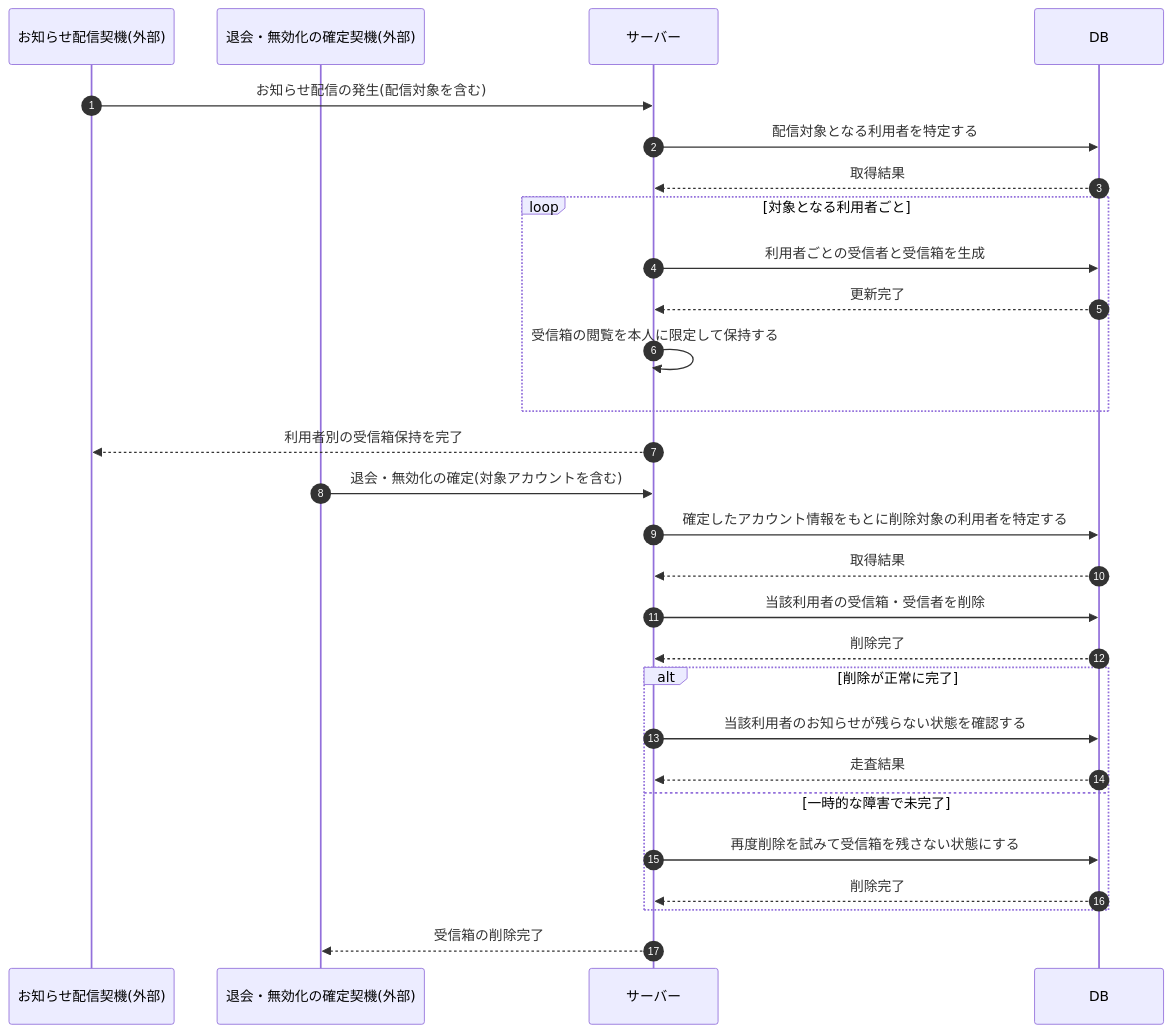
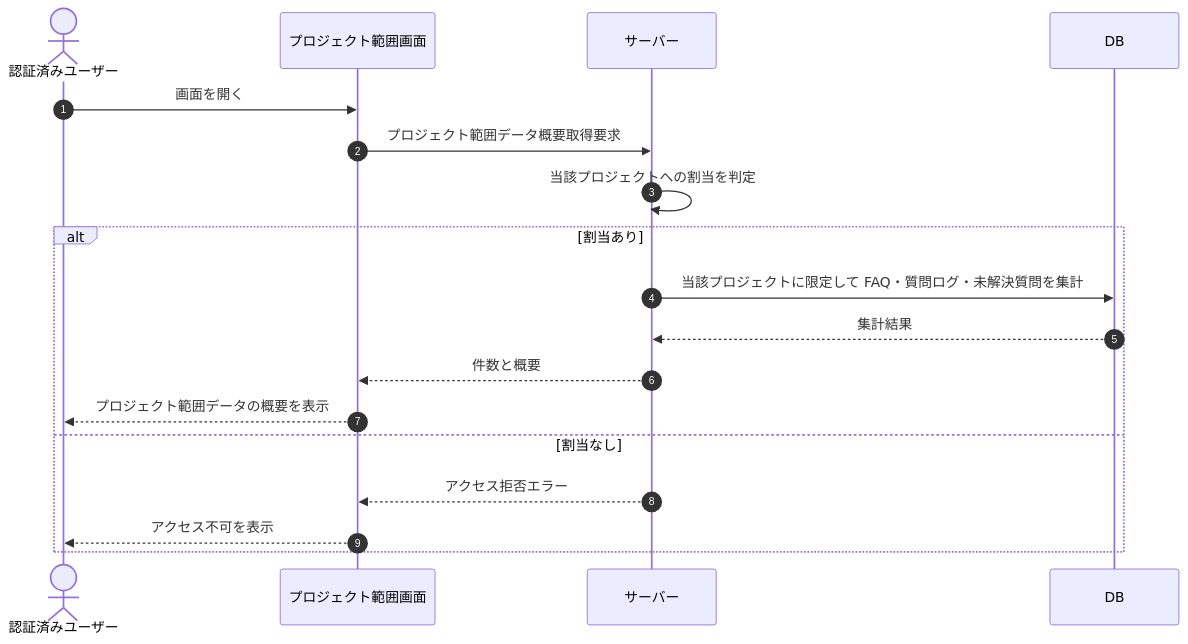
Before and after one commit to sikakou54/open-faq: the diagram in 02_basic_design/03_sequences/SEQ-121.md, drawn with Mermaid. The commit also changed other lines of this file and 395 other files, not shown here.

````diff
--- a/02_basic_design/03_sequences/SEQ-121.md
+++ b/02_basic_design/03_sequences/SEQ-121.md
@@ -25,32 +25,20 @@
 ```mermaid
 sequenceDiagram
   autonumber
-  participant DLV as お知らせ配信契機(外部)
-  participant ACC as 退会・無効化の確定契機(外部)
+  actor U as 認証済みユーザー
+  participant Screen as プロジェクト範囲画面
   participant Server as サーバー
   participant DB as DB
-
-  DLV->>Server: お知らせ配信の発生(配信対象を含む)
-  Server->>DB: 配信対象となる利用者を特定する
-  DB-->>Server: 取得結果
-  loop 対象となる利用者ごと
-    Server->>DB: 利用者ごとの受信者と受信箱を生成
-    DB-->>Server: 更新完了
-    Server->>Server: 受信箱の閲覧を本人に限定して保持する
+  U->>Screen: 画面を開く
+  Screen->>Server: プロジェクト範囲データ概要取得要求
+  Server->>Server: 当該プロジェクトへの割当を判定
+  alt 割当あり
+    Server->>DB: 当該プロジェクトに限定して FAQ・質問ログ・未解決質問を集計
+    DB-->>Server: 集計結果
+    Server-->>Screen: 件数と概要
+    Screen-->>U: プロジェクト範囲データの概要を表示
+  else 割当なし
+    Server-->>Screen: アクセス拒否エラー
+    Screen-->>U: アクセス不可を表示
   end
-  Server-->>DLV: 利用者別の受信箱保持を完了
-
-  ACC->>Server: 退会・無効化の確定(対象アカウントを含む)
-  Server->>DB: 確定したアカウント情報をもとに削除対象の利用者を特定する
-  DB-->>Server: 取得結果
-  Server->>DB: 当該利用者の受信箱・受信者を削除
-  DB-->>Server: 削除完了
-  alt 削除が正常に完了
-    Server->>DB: 当該利用者のお知らせが残らない状態を確認する
-    DB-->>Server: 走査結果
-  else 一時的な障害で未完了
-    Server->>DB: 再度削除を試みて受信箱を残さない状態にする
-    DB-->>Server: 削除完了
-  end
-  Server-->>ACC: 受信箱の削除完了
 ```
````
